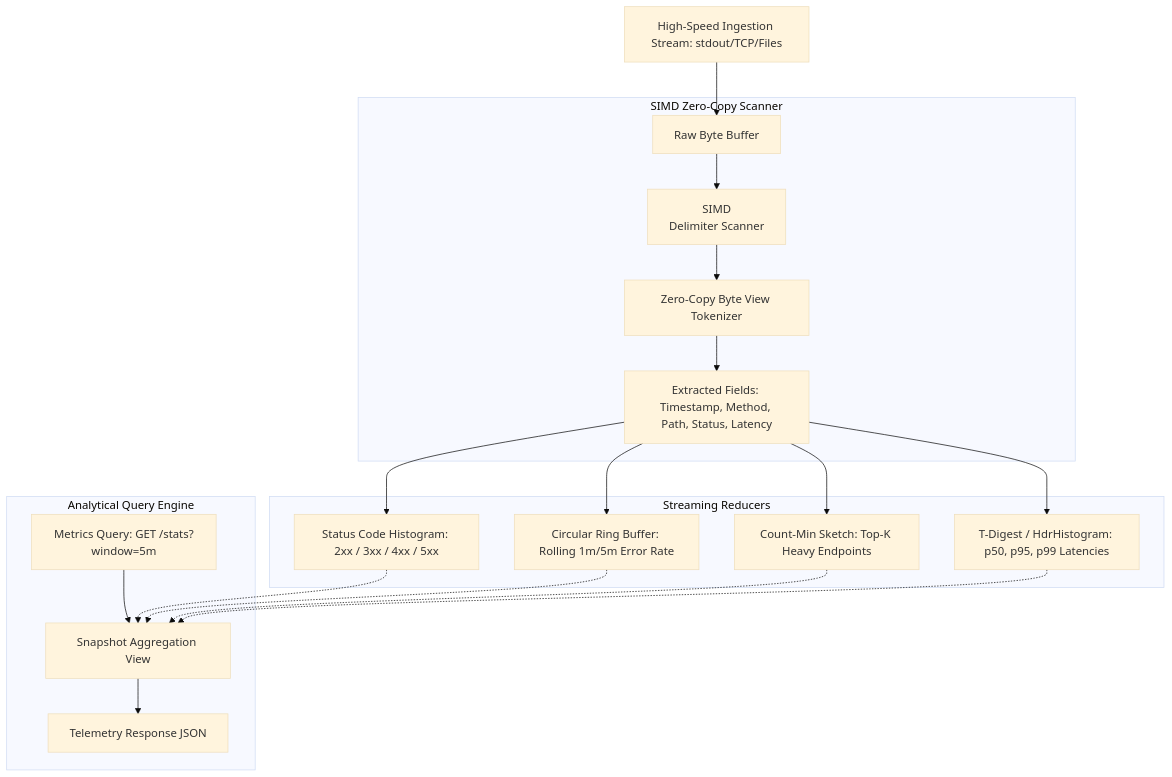
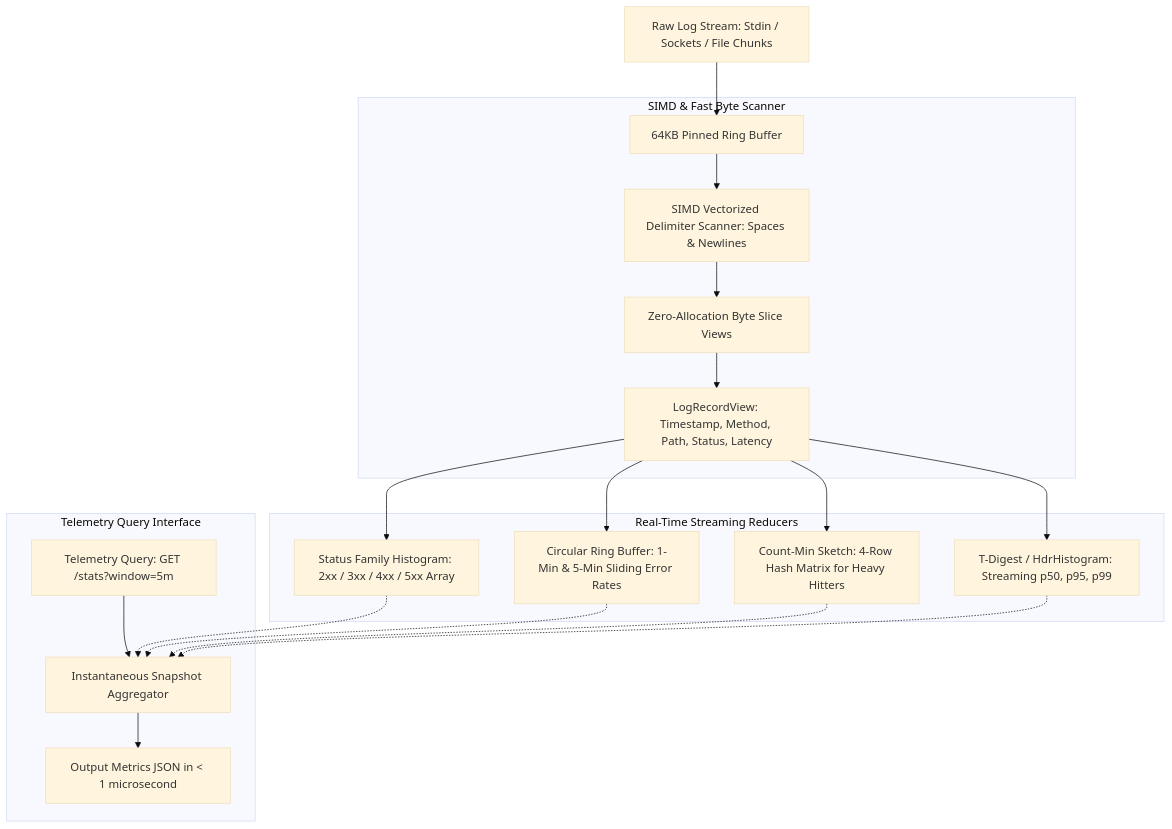
Before and after one commit to PandiaJason/ALGO: the eighth of 12 diagrams in CHALLENGES_ARCHITECTURE.md, drawn with Mermaid (base theme). The commit also changed other lines of this file and 12 other files, not shown here.

Commit message:
refactor(curriculum): reframe challenges with honest systems engineering archetypes, flowcharts, and experimental benchmarks

````diff
--- a/CHALLENGES_ARCHITECTURE.md
+++ b/CHALLENGES_ARCHITECTURE.md
@@ -514,29 +554,29 @@
 ```mermaid
 flowchart TD
-    LogInput[High-Speed Ingestion Stream: stdout/TCP/Files] --> ByteStream[Raw Byte Buffer]
+    RawStream[Raw Log Stream: Stdin / Sockets / File Chunks] --> IngestBuf[64KB Pinned Ring Buffer]
     
-    subgraph Parsing Engine [SIMD Zero-Copy Scanner]
-        ByteStream --> SIMDScan[SIMD \n Delimiter Scanner]
-        SIMDScan --> FastToken[Zero-Copy Byte View Tokenizer]
-        FastToken --> LineStruct[Extracted Fields: Timestamp, Method, Path, Status, Latency]
+    subgraph ZeroCopyParser [SIMD & Fast Byte Scanner]
+        IngestBuf --> SIMDScanner[SIMD Vectorized Delimiter Scanner: Spaces & Newlines]
+        SIMDScanner --> TokenViews[Zero-Allocation Byte Slice Views]
+        TokenViews --> LogRecord[LogRecordView: Timestamp, Method, Path, Status, Latency]
     end
 
-    subgraph Metric Aggregation Pipeline [Streaming Reducers]
-        LineStruct --> StatusCounter[Status Code Histogram: 2xx / 3xx / 4xx / 5xx]
+    subgraph StreamingAnalytics [Real-Time Streaming Reducers]
+        LogRecord --> StatusHistogram[Status Family Histogram: 2xx / 3xx / 4xx / 5xx Array]
         
-        LineStruct --> RollingWindow[Circular Ring Buffer: Rolling 1m/5m Error Rate]
+        LogRecord --> RollingWindows[Circular Ring Buffer: 1-Min & 5-Min Sliding Error Rates]
         
-        LineStruct --> CMSketch[Count-Min Sketch: Top-K Heavy Endpoints]
+        LogRecord --> CountMinSketch[Count-Min Sketch: 4-Row Hash Matrix for Heavy Hitters]
         
-        LineStruct --> TDigest[T-Digest / HdrHistogram: p50, p95, p99 Latencies]
+        LogRecord --> QuantileEstimator[T-Digest / HdrHistogram: Streaming p50, p95, p99]
     end
 
-    subgraph Query Execution [Analytical Query Engine]
-        QueryReq[Metrics Query: GET /stats?window=5m] --> Aggregator[Snapshot Aggregation View]
-        StatusCounter -.-> Aggregator
-        RollingWindow -.-> Aggregator
-        CMSketch -.-> Aggregator
-        TDigest -.-> Aggregator
-        Aggregator --> JSONResp[Telemetry Response JSON]
+    subgraph AnalyticalQueryEngine [Telemetry Query Interface]
+        QueryReq[Telemetry Query: GET /stats?window=5m] --> SnapshotAgg[Instantaneous Snapshot Aggregator]
+        StatusHistogram -.-> SnapshotAgg
+        RollingWindows -.-> SnapshotAgg
+        CountMinSketch -.-> SnapshotAgg
+        QuantileEstimator -.-> SnapshotAgg
+        SnapshotAgg --> TelemetryJSON[Output Metrics JSON in < 1 microsecond]
     end
 ```
````
